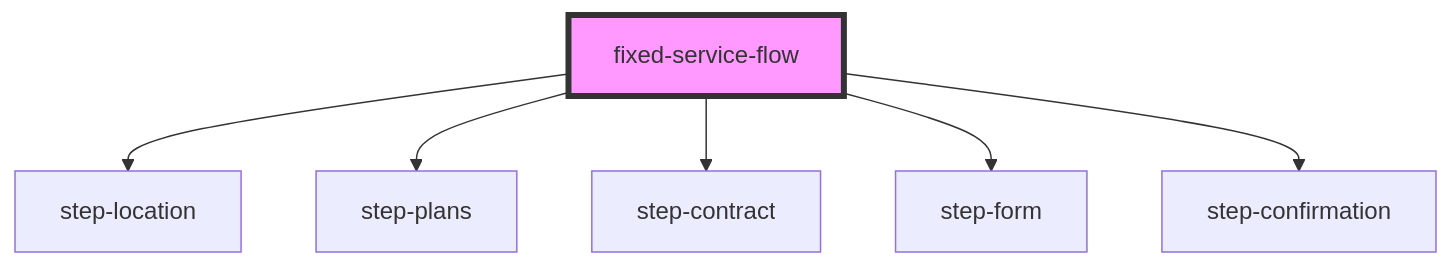
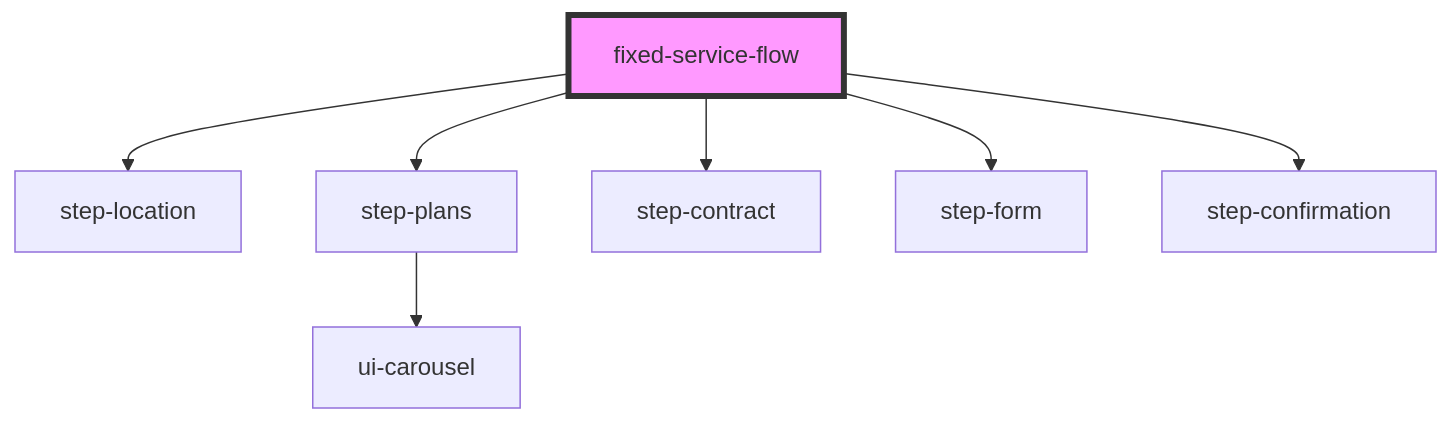
Before and after one commit to smlzjosue/fixed-service-flow-web-component: the diagram in fixed-flow-labs/fixed-service-flow/src/components/fixed-service-flow/readme.md, drawn with Mermaid. The commit also changed 6 other files, not shown here.

First line of the commit message:
feat(step-plans): integrate addToCart API on plan selection

````diff
--- a/fixed-flow-labs/fixed-service-flow/src/components/fixed-service-flow/readme.md
+++ b/fixed-flow-labs/fixed-service-flow/src/components/fixed-service-flow/readme.md
@@ -40,9 +40,10 @@
 ```mermaid
 graph TD;
   fixed-service-flow --> step-location
   fixed-service-flow --> step-plans
   fixed-service-flow --> step-contract
   fixed-service-flow --> step-form
   fixed-service-flow --> step-confirmation
+  step-plans --> ui-carousel
   style fixed-service-flow fill:#f9f,stroke:#333,stroke-width:4px
 ```
````
